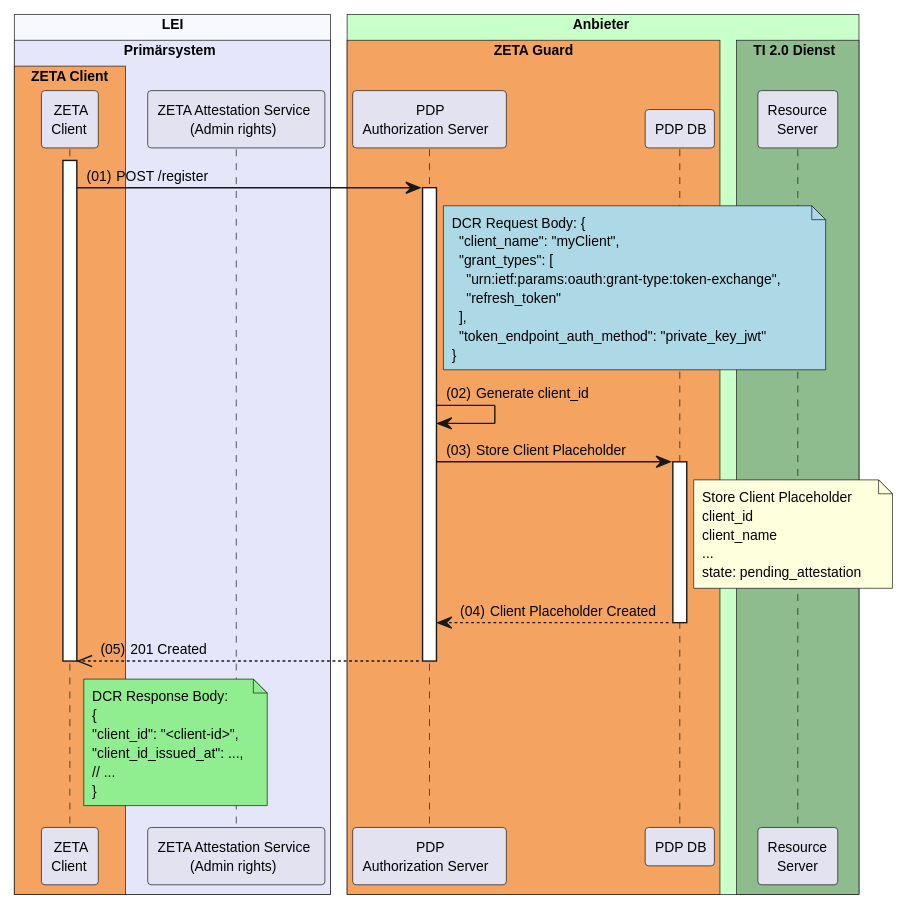
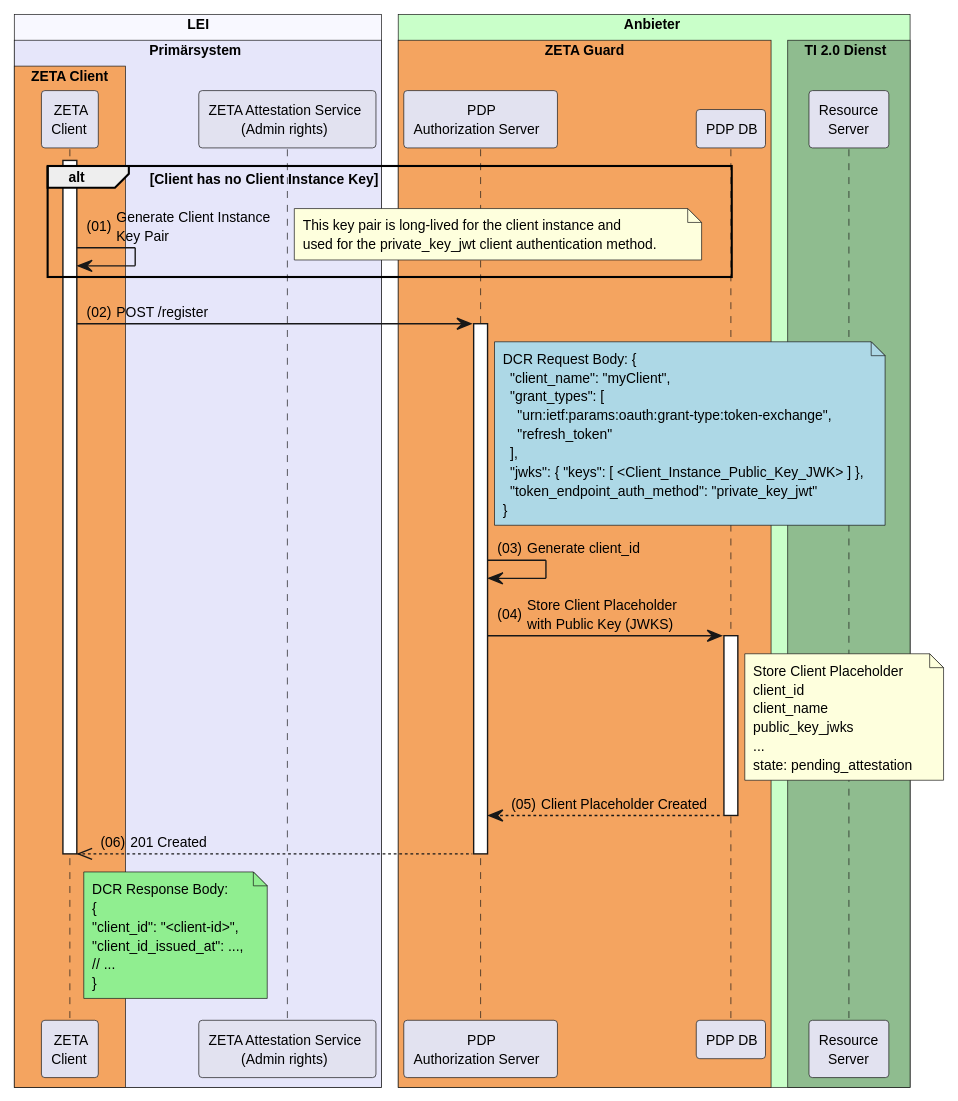
Before and after one commit to gematik/zeta: the diagram in src/plantuml/tpm-attestation-and-token-exchange/dynamic-client-registration.puml, drawn with PlantUML. The commit also changed 4 other files, not shown here.

Commit message:
Enhance attestation flow: update diagrams to reflect client instance key generation, improve attestation challenge descriptions, and add software attestation method to schemas.

```diff
--- a/src/plantuml/tpm-attestation-and-token-exchange/dynamic-client-registration.puml
+++ b/src/plantuml/tpm-attestation-and-token-exchange/dynamic-client-registration.puml
@@ -1,66 +1,73 @@
 @startuml "dynamic-client-registration"
 autonumber "(00)"
 skinparam defaultFontSize 10
 skinparam defaultFontName Helvetica
 skinparam DefaultMonospacedFontName Courier
 skinparam lengthAdjust none
 skinparam sequenceReferenceBackgroundColor White
 skinparam SequenceReferenceFontSize 12
 /'skinparam SequenceReferenceFontStyle bold
 '/
 
 !pragma teoz true
 
 box "LEI" #GhostWhite
   box "Primärsystem" #Lavender
     box "ZETA Client" #SandyBrown
       participant Client as "ZETA\nClient"
     end box
     participant ZAS as "ZETA Attestation Service\n(Admin rights)"
   end box
 end box
 
 box "Anbieter" #TECHNOLOGY
   box "ZETA Guard" #SandyBrown
     participant AuthS as "PDP\nAuthorization Server"
     participant PDPDB as "PDP DB"
   end box
     box TI 2.0 Dienst #DarkSeaGreen
       participant RS as "Resource\nServer"
     end box
 end box
 
 Client ++
 
+alt Client has no Client Instance Key
+  Client -> Client : Generate Client Instance\nKey Pair
+  note right: This key pair is long-lived for the client instance and\nused for the private_key_jwt client authentication method.
+end alt
+
 Client -> AuthS ++ : POST /register
 note right of AuthS #lightblue
 DCR Request Body: {
   "client_name": "myClient",
   "grant_types": [
     "urn:ietf:params:oauth:grant-type:token-exchange",
     "refresh_token"
   ],
+  "jwks": { "keys": [ <Client_Instance_Public_Key_JWK> ] },
   "token_endpoint_auth_method": "private_key_jwt"
 }
 end note
 AuthS -> AuthS : Generate client_id
-AuthS -> PDPDB ++: Store Client Placeholder
+AuthS -> PDPDB ++: Store Client Placeholder\nwith Public Key (JWKS)
 note right of PDPDB
 Store Client Placeholder
 client_id
 client_name
+public_key_jwks
 ...
 state: pending_attestation
 end note
 PDPDB --> AuthS --: Client Placeholder Created
 AuthS -->> Client --: 201 Created
 note right of Client #lightgreen
 DCR Response Body:
 {
 "client_id": "<client-id>",
 "client_id_issued_at": ...,
 // ...
 }
 end note
 Client --
 @enduml
```
